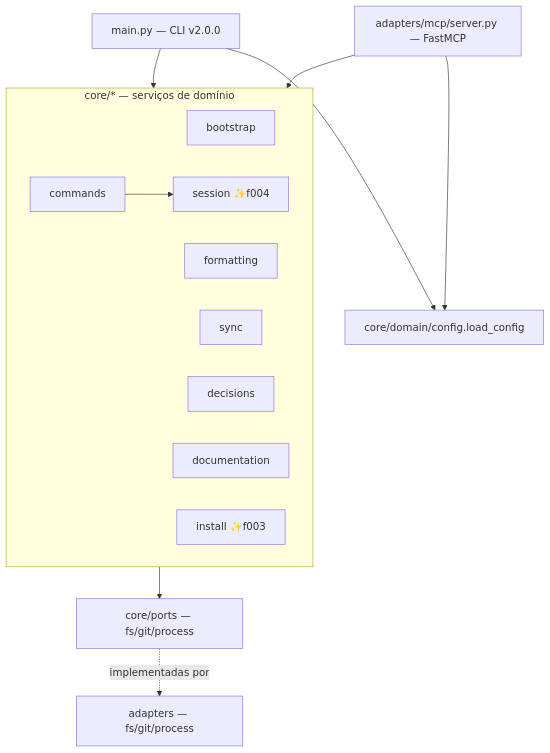
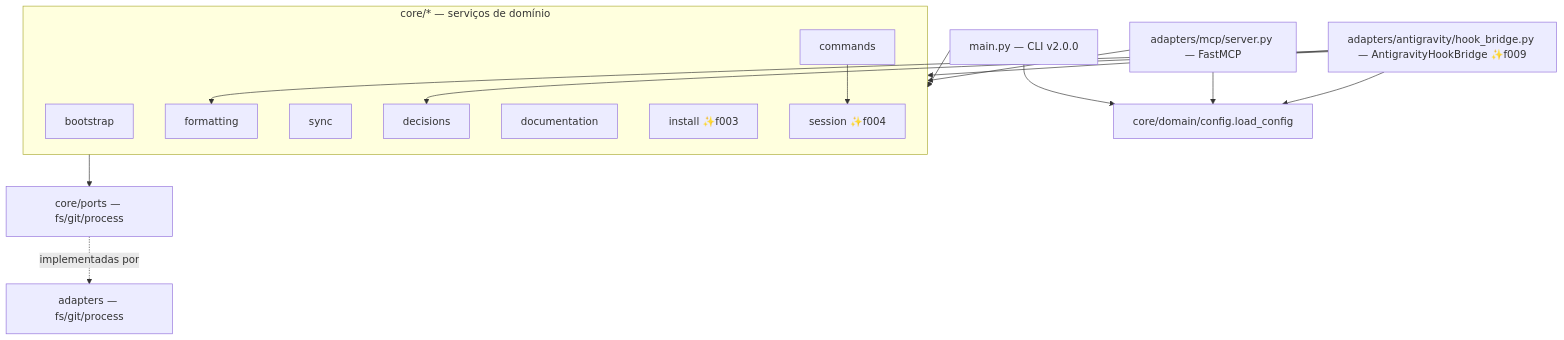
One commit to iago-leal/harness-config changed the diagram in _reversa_sdd/architecture.md. Above: the diagram before and after it, drawn with Mermaid. The commit also changed other lines of this file and 11 other files, not shown here.

````diff
--- a/_reversa_sdd/architecture.md
+++ b/_reversa_sdd/architecture.md
@@ -36,20 +36,24 @@
 ```mermaid
 graph TD
     CLI[main.py — CLI v2.0.0] --> Services
     MCP[adapters/mcp/server.py — FastMCP] --> Services
+    AGY["adapters/antigravity/hook_bridge.py — AntigravityHookBridge ✨f009"] --> Services
     subgraph Services[core/* — serviços de domínio]
         boot[bootstrap]
         fmt[formatting]
         sync[sync]
         dec[decisions]
         cmd[commands]
         doc[documentation]
         inst["install ✨f003"]
         sess["session ✨f004"]
     end
     Services --> Ports[core/ports — fs/git/process]
     Ports -.implementadas por.-> Adapters[adapters — fs/git/process]
     cmd --> sess
+    AGY --> fmt
+    AGY --> dec
     CLI --> Config[core/domain/config.load_config]
     MCP --> Config
+    AGY --> Config
 ```
````
